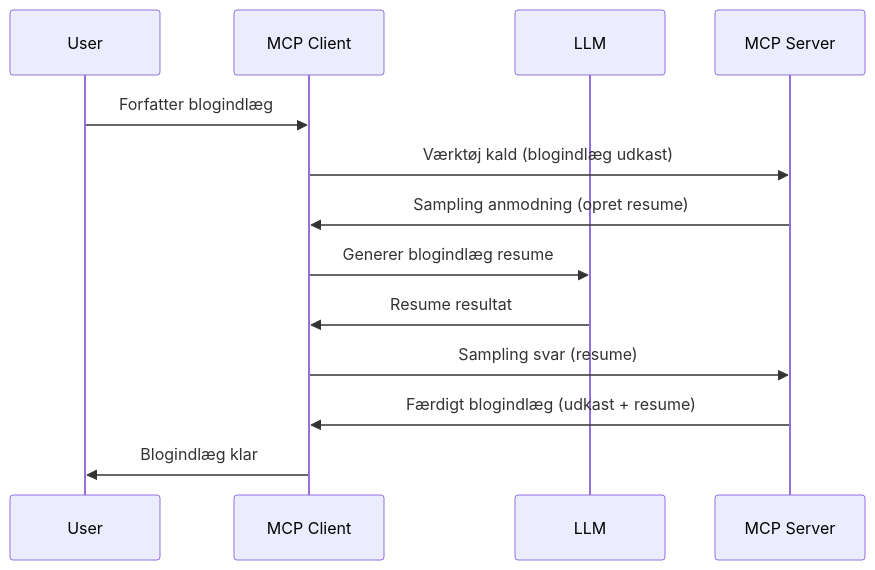
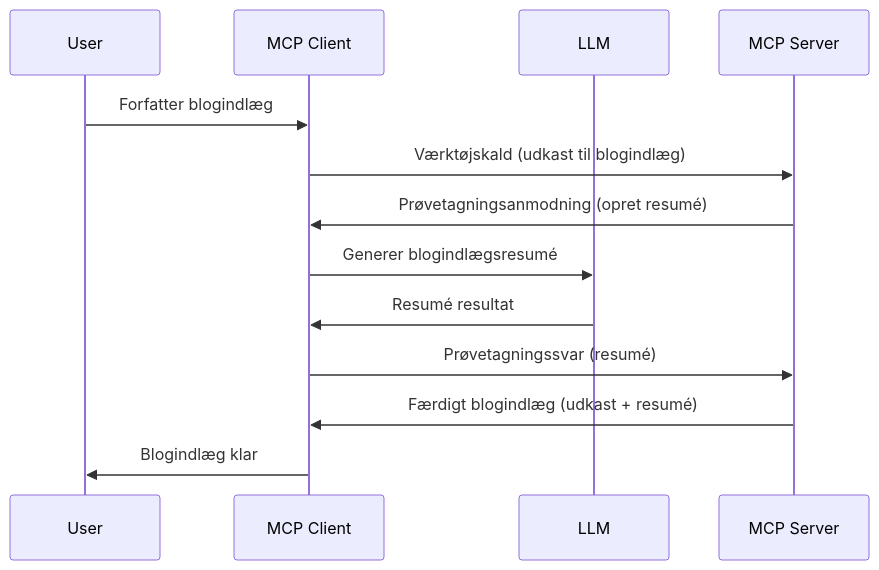
Before and after one commit to HIDORAKAI002/ai-workspace-archive: the diagram in mcp_ecosystem__model_context_protocol/mcp_learning_resources/mcp-for-beginners/translations/da/03-GettingStarted/14-sampling/README.md, drawn with Mermaid. The commit also changed other lines of this file and 1539 other files, not shown here.

````diff
--- a/mcp_ecosystem__model_context_protocol/mcp_learning_resources/mcp-for-beginners/translations/da/03-GettingStarted/14-sampling/README.md
+++ b/mcp_ecosystem__model_context_protocol/mcp_learning_resources/mcp-for-beginners/translations/da/03-GettingStarted/14-sampling/README.md
@@ -23,16 +23,16 @@
 ```mermaid
 sequenceDiagram
     participant User
     participant MCP Client
     participant LLM
     participant MCP Server
 
     User->>MCP Client: Forfatter blogindlæg
-    MCP Client->>MCP Server: Værktøj kald (blogindlæg udkast)
-    MCP Server->>MCP Client: Sampling anmodning (opret resume)
-    MCP Client->>LLM: Generer blogindlæg resume
-    LLM->>MCP Client: Resume resultat
-    MCP Client->>MCP Server: Sampling svar (resume)
-    MCP Server->>MCP Client: Færdigt blogindlæg (udkast + resume)
+    MCP Client->>MCP Server: Værktøjskald (udkast til blogindlæg)
+    MCP Server->>MCP Client: Prøvetagningsanmodning (opret resumé)
+    MCP Client->>LLM: Generer blogindlægsresumé
+    LLM->>MCP Client: Resumé resultat
+    MCP Client->>MCP Server: Prøvetagningssvar (resumé)
+    MCP Server->>MCP Client: Færdigt blogindlæg (udkast + resumé)
     MCP Client->>User: Blogindlæg klar
 ```
````
